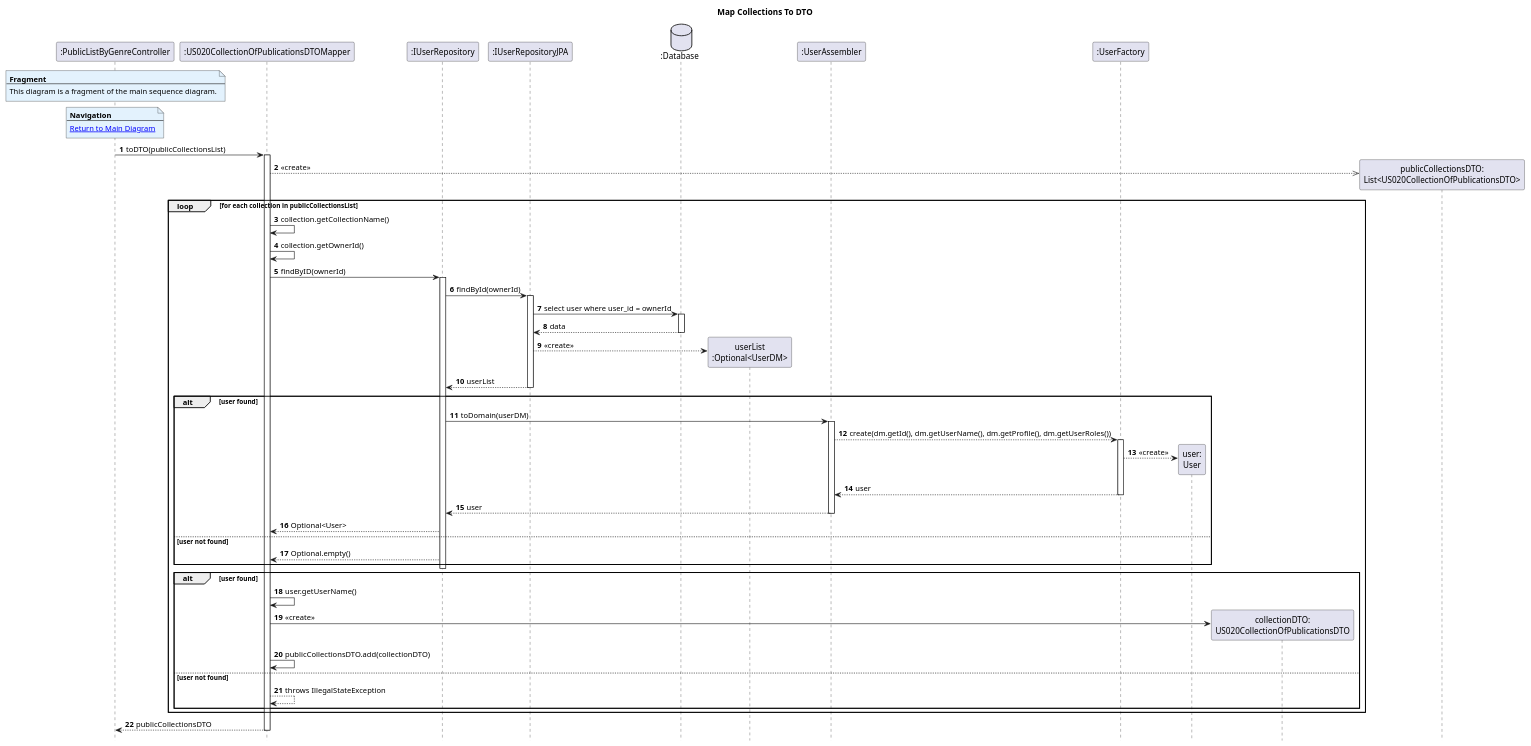
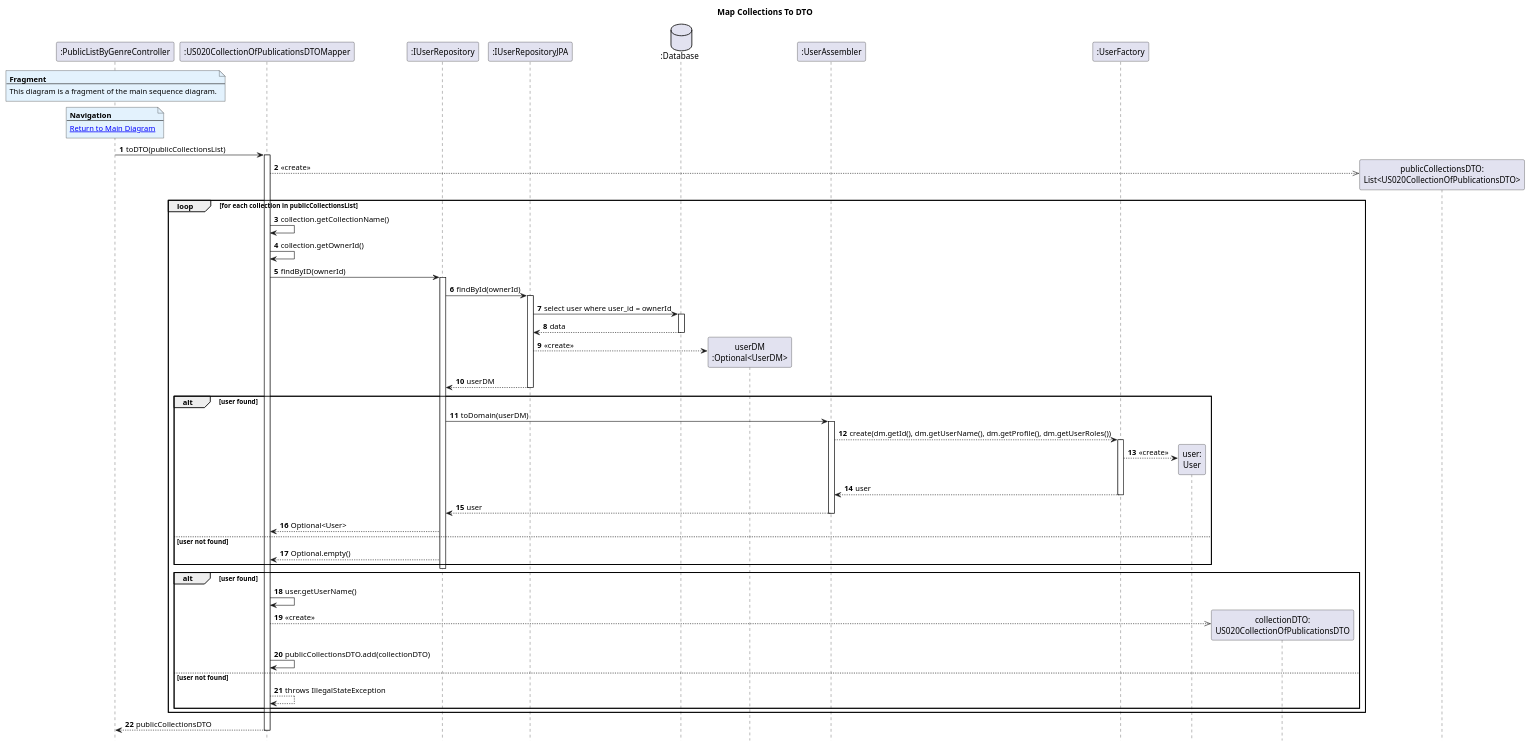
Before and after one commit to AndrePereiraGitH/SWitCH-Project-Team_A: the diagram in Diagrams/SequenceDiagrams/N2/To-get-list-of-public-lists-by-genre/4.MapCollectionsToDTO.puml, drawn with PlantUML. The commit also changed 4 other files, not shown here.

Commit message:
fix: fixed minor issues in diagrams #753 #771

```diff
--- a/Diagrams/SequenceDiagrams/N2/To-get-list-of-public-lists-by-genre/4.MapCollectionsToDTO.puml
+++ b/Diagrams/SequenceDiagrams/N2/To-get-list-of-public-lists-by-genre/4.MapCollectionsToDTO.puml
@@ -1,88 +1,88 @@
 @startuml
 hide footbox
 autonumber
 
 title Map Collections To DTO
 
 participant ":PublicListByGenreController" as Ctrl
 participant ":US020CollectionOfPublicationsDTOMapper" as mapper
 participant ":IUserRepository" as userRepo
 participant ":IUserRepositoryJPA" as userRepoJpa
 database ":Database" as DB
-participant "userList\n:Optional<UserDM>" as userList
+participant "userDM\n:Optional<UserDM>" as userDM
 participant ":UserAssembler" as userAssembler
 participant ":UserFactory" as userFactory
 participant "user:\nUser" as user
 participant "collectionDTO:\nUS020CollectionOfPublicationsDTO" as collectionDTO
 participant "publicCollectionsDTO:\nList<US020CollectionOfPublicationsDTO>" as publicCollectionsDTO
 
 note over Ctrl #E3F2FD
 <b>Fragment</b>
 ---
 This diagram is a fragment of the main sequence diagram.
 end note
 
 note over Ctrl #E3F2FD
 <b>Navigation</b>
 ---
 [[1.MainDiagram.puml Return to Main Diagram]]
 end note
 
 Ctrl -> mapper : toDTO(publicCollectionsList)
 
 activate mapper
 
 mapper -->> publicCollectionsDTO ** : <<create>>
 
 loop for each collection in publicCollectionsList
 
     mapper -> mapper : collection.getCollectionName()
     mapper -> mapper : collection.getOwnerId()
 
     mapper -> userRepo : findByID(ownerId)
     activate userRepo
 
     userRepo -> userRepoJpa : findById(ownerId)
     activate userRepoJpa
 
     userRepoJpa -> DB : select user where user_id = ownerId
     activate DB
     DB --> userRepoJpa : data
     deactivate DB
-    userRepoJpa --> userList ** : <<create>>
+    userRepoJpa --> userDM ** : <<create>>
 
-    userRepoJpa --> userRepo : userList
+    userRepoJpa --> userRepo : userDM
     deactivate userRepoJpa
 
     alt user found
         userRepo -> userAssembler : toDomain(userDM)
         activate userAssembler
         userAssembler --> userFactory : create(dm.getId(), dm.getUserName(), dm.getProfile(), dm.getUserRoles())
         activate userFactory
         userFactory --> user ** : <<create>>
         userFactory --> userAssembler : user
         deactivate userFactory
         userAssembler --> userRepo : user
         deactivate userAssembler
 
         userRepo --> mapper : Optional<User>
     else user not found
         userRepo --> mapper : Optional.empty()
     end
 
     deactivate userRepo
 
     alt user found
         mapper -> mapper : user.getUserName()
-        mapper -> collectionDTO ** : <<create>>
+        mapper -->> collectionDTO ** : <<create>>
         mapper -> mapper : publicCollectionsDTO.add(collectionDTO)
     else user not found
         mapper --> mapper : throws IllegalStateException
     end
 end
 
 mapper --> Ctrl : publicCollectionsDTO
 
 deactivate mapper
 
 @enduml
```
